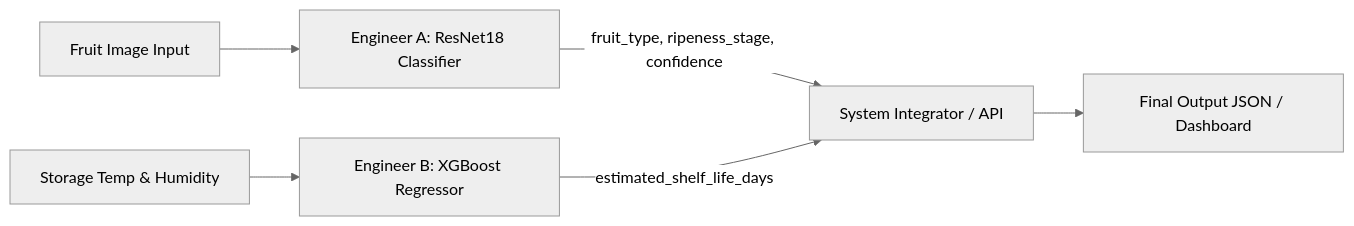
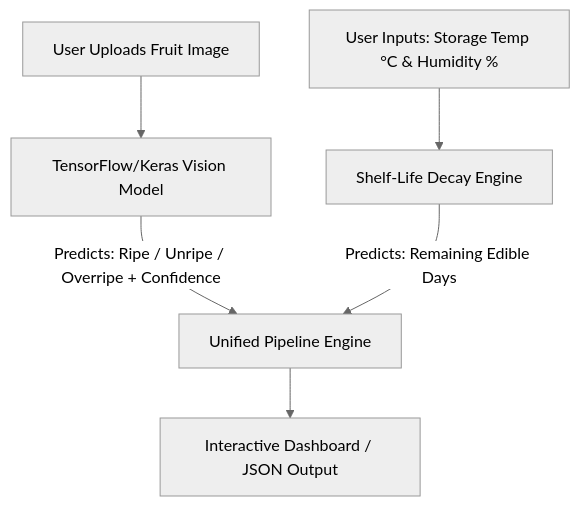
One commit to nishtha911/Fruit-Ripeness-Predictor changed the diagram in implementation_plan.md. Above: the diagram before and after it, drawn with Mermaid (neutral theme). The commit also changed other lines of this file and 5 other files, not shown here.

````diff
--- a/implementation_plan.md
+++ b/implementation_plan.md
@@ -10,8 +10,10 @@
 ```mermaid
-flowchart LR
-    A[Fruit Image Input] --> B[Engineer A: ResNet18 Classifier]
-    B -->|fruit_type, ripeness_stage, confidence| C[System Integrator / API]
-    D[Storage Temp & Humidity] --> E[Engineer B: XGBoost Regressor]
-    E -->|estimated_shelf_life_days| C
-    C --> F[Final Output JSON / Dashboard]
+flowchart TD
+    A[User Uploads Fruit Image] --> B[TensorFlow/Keras Vision Model]
+    B -->|Predicts: Ripe / Unripe / Overripe + Confidence| C[Unified Pipeline Engine]
+    
+    D[User Inputs: Storage Temp °C & Humidity %] --> E[Shelf-Life Decay Engine]
+    E -->|Predicts: Remaining Edible Days| C
+    
+    C --> F[Interactive Dashboard / JSON Output]
 ```
````
